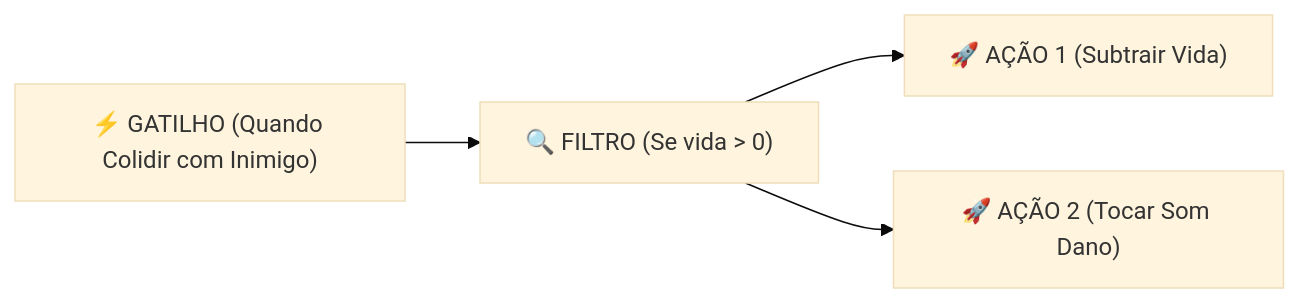
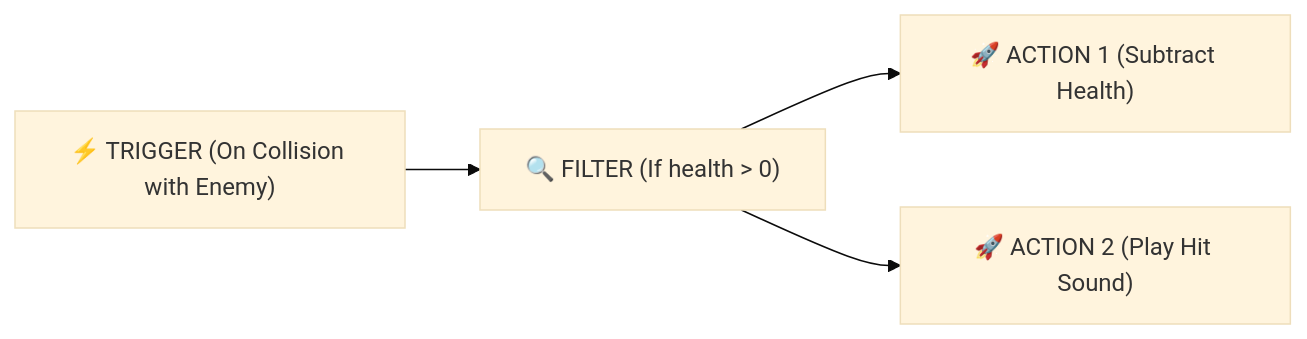
The second of 2 diagrams in site/en/aipo/docs/guides/packages/aipo-game.md (poppy-team/poppy.lat), drawn with Mermaid (base theme) before and after one commit. The commit also changed other lines of this file and 235 other files, not shown here.

````diff
--- a/site/en/aipo/docs/guides/packages/aipo-game.md
+++ b/site/en/aipo/docs/guides/packages/aipo-game.md
@@ -211,6 +211,6 @@
 ```mermaid
 graph LR
-    Trigger["⚡ GATILHO (Quando Colidir com Inimigo)"] --> Filter["🔍 FILTRO (Se vida > 0)"]
-    Filter --> Action1["🚀 AÇÃO 1 (Subtrair Vida)"]
-    Filter --> Action2["🚀 AÇÃO 2 (Tocar Som Dano)"]
+    Trigger["⚡ TRIGGER (On Collision with Enemy)"] --> Filter["🔍 FILTER (If health > 0)"]
+    Filter --> Action1["🚀 ACTION 1 (Subtract Health)"]
+    Filter --> Action2["🚀 ACTION 2 (Play Hit Sound)"]
 ```
````
